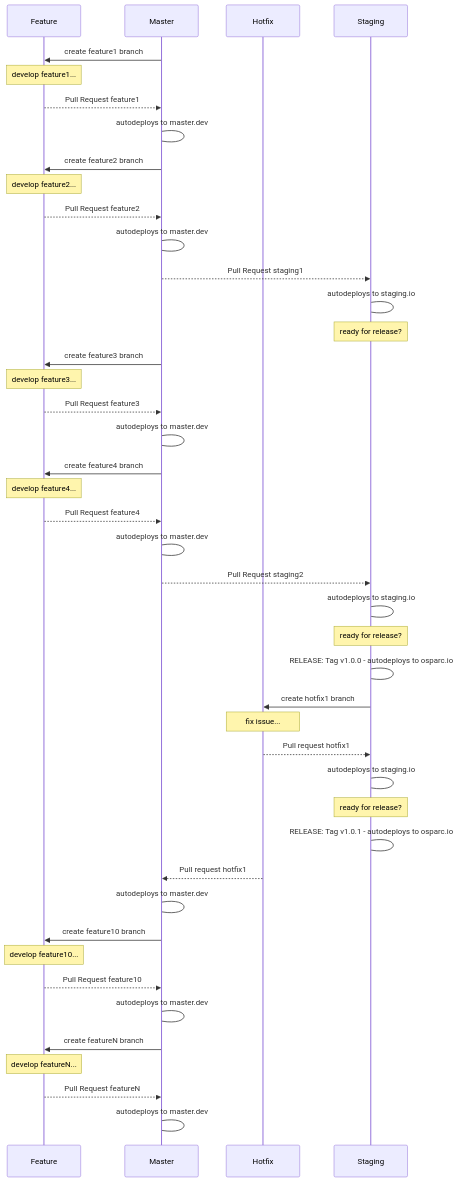
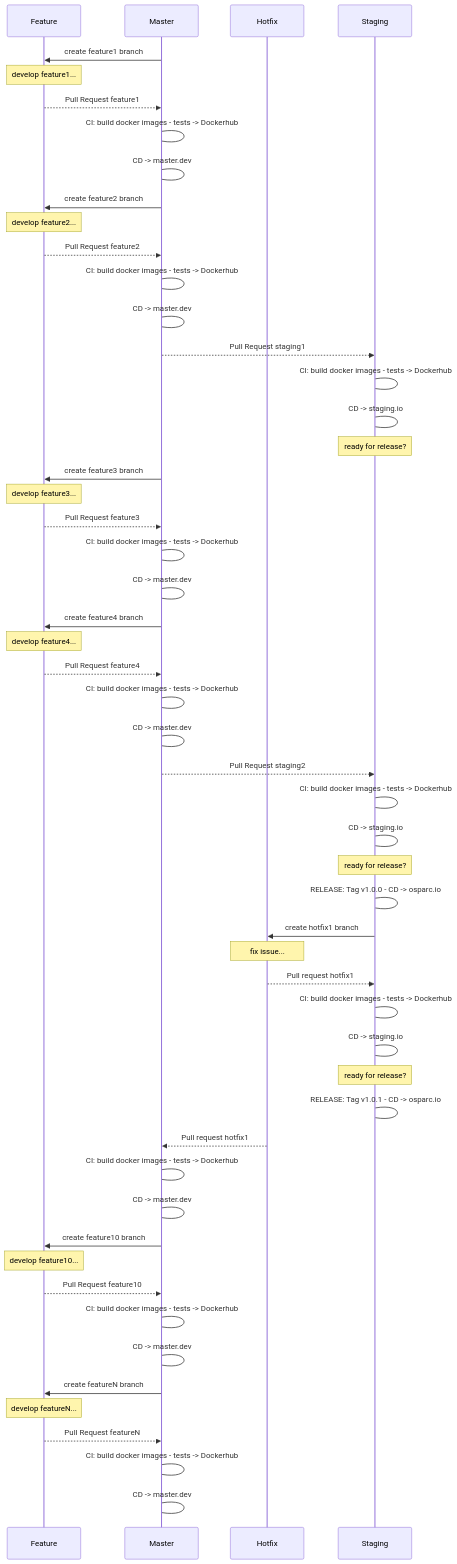
One commit to ITISFoundation/osparc-simcore changed the diagram in docs/img/git-release-workflow.md. Above: the diagram before and after it, drawn with Mermaid. The commit also changed 1 other file, not shown here.

Commit message:
added CI to workflow

````diff
--- a/docs/img/git-release-workflow.md
+++ b/docs/img/git-release-workflow.md
@@ -1,55 +1,65 @@
 ```mermaid
 sequenceDiagram
 participant Feature
 participant Master
 participant Hotfix
 participant Staging
 
 Master->>Feature: create feature1 branch
 Note over Feature: develop feature1...
 Feature-->>Master: Pull Request feature1
-Master->Master: autodeploys to master.dev
+Master->Master: CI: build docker images - tests -> Dockerhub
+Master->Master: CD -> master.dev
 
 Master->>Feature: create feature2 branch
 Note over Feature: develop feature2...
 Feature-->>Master: Pull Request feature2
-Master->Master: autodeploys to master.dev
+Master->Master: CI: build docker images - tests -> Dockerhub
+Master->Master: CD -> master.dev
 
 Master-->>Staging: Pull Request staging1
-Staging->Staging: autodeploys to staging.io
+Staging->Staging: CI: build docker images - tests -> Dockerhub
+Staging->Staging: CD -> staging.io
 Note over Staging: ready for release?
 
 Master->>Feature: create feature3 branch
 Note over Feature: develop feature3...
 Feature-->>Master: Pull Request feature3
-Master->Master: autodeploys to master.dev
+Master->Master: CI: build docker images - tests -> Dockerhub
+Master->Master: CD -> master.dev
 
 Master->>Feature: create feature4 branch
 Note over Feature: develop feature4...
 Feature-->>Master: Pull Request feature4
-Master->Master: autodeploys to master.dev
+Master->Master: CI: build docker images - tests -> Dockerhub
+Master->Master: CD -> master.dev
 
 Master-->>Staging: Pull Request staging2
-Staging->Staging: autodeploys to staging.io
+Staging->Staging: CI: build docker images - tests -> Dockerhub
+Staging->Staging: CD -> staging.io
 Note over Staging: ready for release?
-Staging->Staging: RELEASE: Tag v1.0.0 - autodeploys to osparc.io
+Staging->Staging: RELEASE: Tag v1.0.0 - CD -> osparc.io
 
 Staging->>Hotfix: create hotfix1 branch
 Note over Hotfix: fix issue...
 Hotfix-->>Staging: Pull request hotfix1
-Staging->Staging: autodeploys to staging.io
+Staging->Staging: CI: build docker images - tests -> Dockerhub
+Staging->Staging: CD -> staging.io
 Note over Staging: ready for release?
-Staging->Staging: RELEASE: Tag v1.0.1 - autodeploys to osparc.io
+Staging->Staging: RELEASE: Tag v1.0.1 - CD -> osparc.io
 Hotfix-->>Master: Pull request hotfix1
-Master->Master: autodeploys to master.dev
+Master->Master: CI: build docker images - tests -> Dockerhub
+Master->Master: CD -> master.dev
 
 Master->>Feature: create feature10 branch
 Note over Feature: develop feature10...
 Feature-->>Master: Pull Request feature10
-Master->Master: autodeploys to master.dev
+Master->Master: CI: build docker images - tests -> Dockerhub
+Master->Master: CD -> master.dev
 
 Master->>Feature: create featureN branch
 Note over Feature: develop featureN...
 Feature-->>Master: Pull Request featureN
-Master->Master: autodeploys to master.dev
+Master->Master: CI: build docker images - tests -> Dockerhub
+Master->Master: CD -> master.dev
 ```
````
